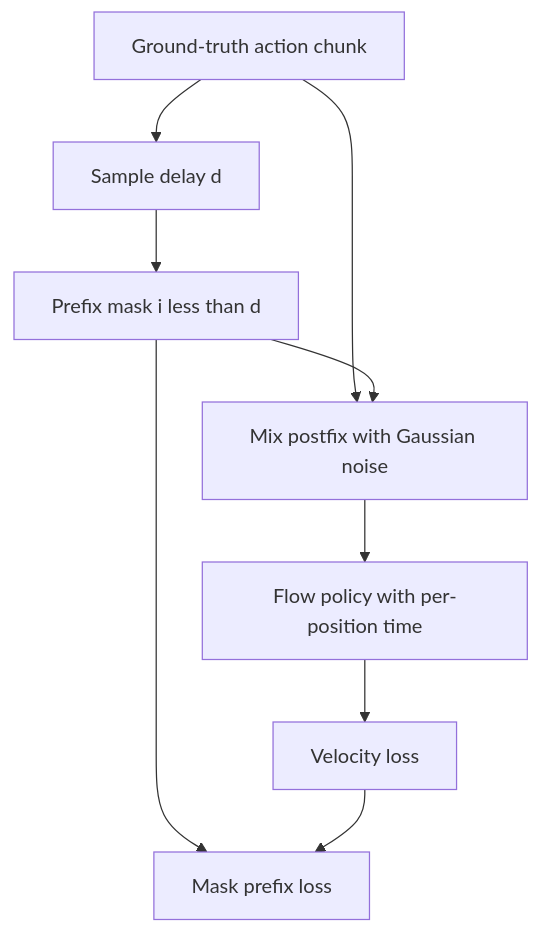
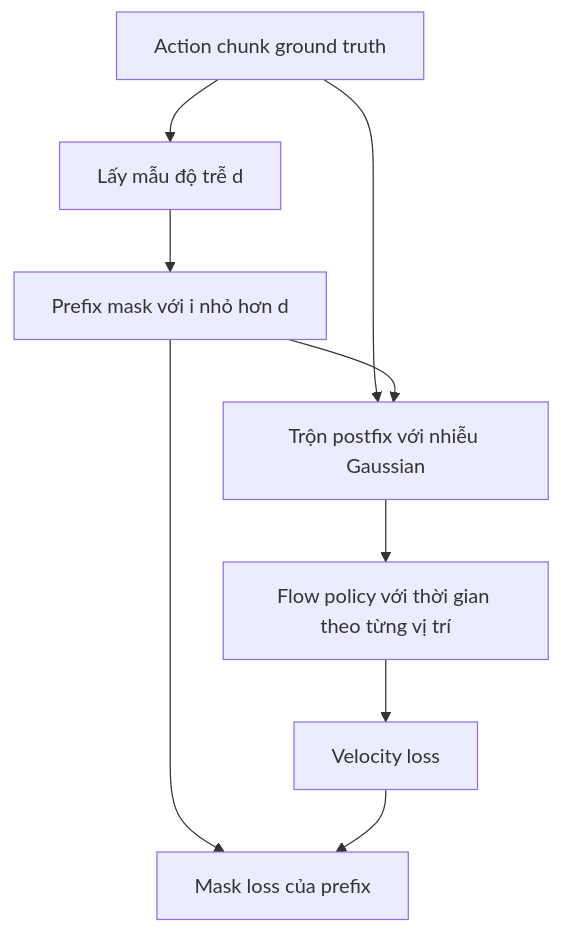
Before and after one commit to cycler04/VinRobotics-VLA: the diagram in docs/research_finding/02-realtime-chunking/module_details/training/training_time_prefix_conditioning.md, drawn with Mermaid. The commit also changed other lines of this file and 79 other files, not shown here.

````diff
--- a/docs/research_finding/02-realtime-chunking/module_details/training/training_time_prefix_conditioning.md
+++ b/docs/research_finding/02-realtime-chunking/module_details/training/training_time_prefix_conditioning.md
@@ -27,11 +27,11 @@
 ```mermaid
 flowchart TD
-    A[Ground-truth action chunk] --> D[Sample delay d]
-    D --> M[Prefix mask i less than d]
-    A --> X[Mix postfix with Gaussian noise]
+    A[Action chunk ground truth] --> D[Lấy mẫu độ trễ d]
+    D --> M[Prefix mask với i nhỏ hơn d]
+    A --> X[Trộn postfix với nhiễu Gaussian]
     M --> X
-    X --> P[Flow policy with per-position time]
+    X --> P[Flow policy với thời gian theo từng vị trí]
     P --> L[Velocity loss]
-    M --> L2[Mask prefix loss]
+    M --> L2[Mask loss của prefix]
     L --> L2
 ```
````
